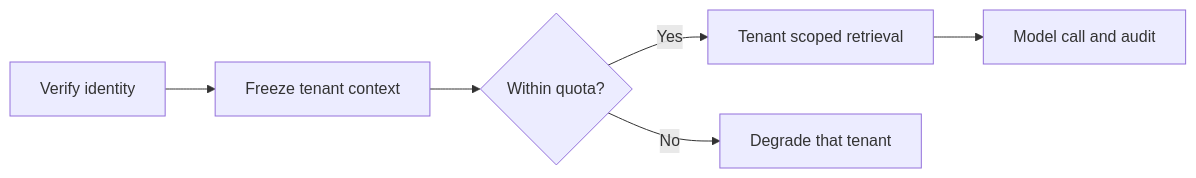
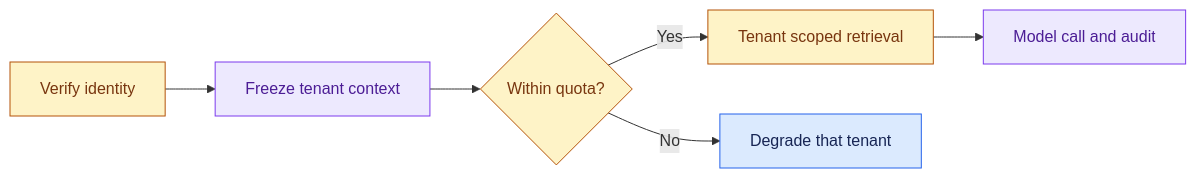
The diagram in site/content/modules/15-fde-case-studies/platforms-and-scale/secure-multi-tenant-ai-platform/intro.md (Sourav692/Forward-Deployed-Engineer-Interview-Prep), drawn with Mermaid before and after one commit. The commit also changed other lines of this file and 1268 other files, not shown here.

First line of the commit message:
content: polish Casebook writing and Mermaid diagrams (#251)

````diff
--- a/site/content/modules/15-fde-case-studies/platforms-and-scale/secure-multi-tenant-ai-platform/intro.md
+++ b/site/content/modules/15-fde-case-studies/platforms-and-scale/secure-multi-tenant-ai-platform/intro.md
@@ -15,8 +17,16 @@
 ```mermaid
 flowchart LR
   A[Verify identity] --> B[Freeze tenant context]
   B --> C{Within quota?}
   C -->|Yes| D[Tenant scoped retrieval]
   C -->|No| E[Degrade that tenant]
   D --> F[Model call and audit]
+
+    %% Casebook colours: entry, reasoning, results, controls, and stopped paths.
+    classDef cbPolicy fill:#fef3c7,stroke:#b45309,color:#78350f
+    class A,C,D cbPolicy
+    classDef cbReason fill:#ede9fe,stroke:#7c3aed,color:#4c1d95
+    class B,F cbReason
+    classDef cbInput fill:#dbeafe,stroke:#2563eb,color:#172554
+    class E cbInput
 ```
````
